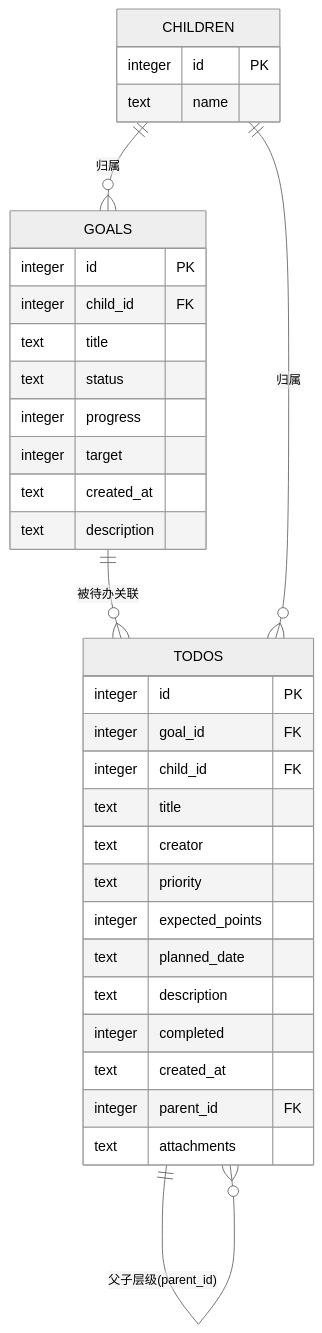
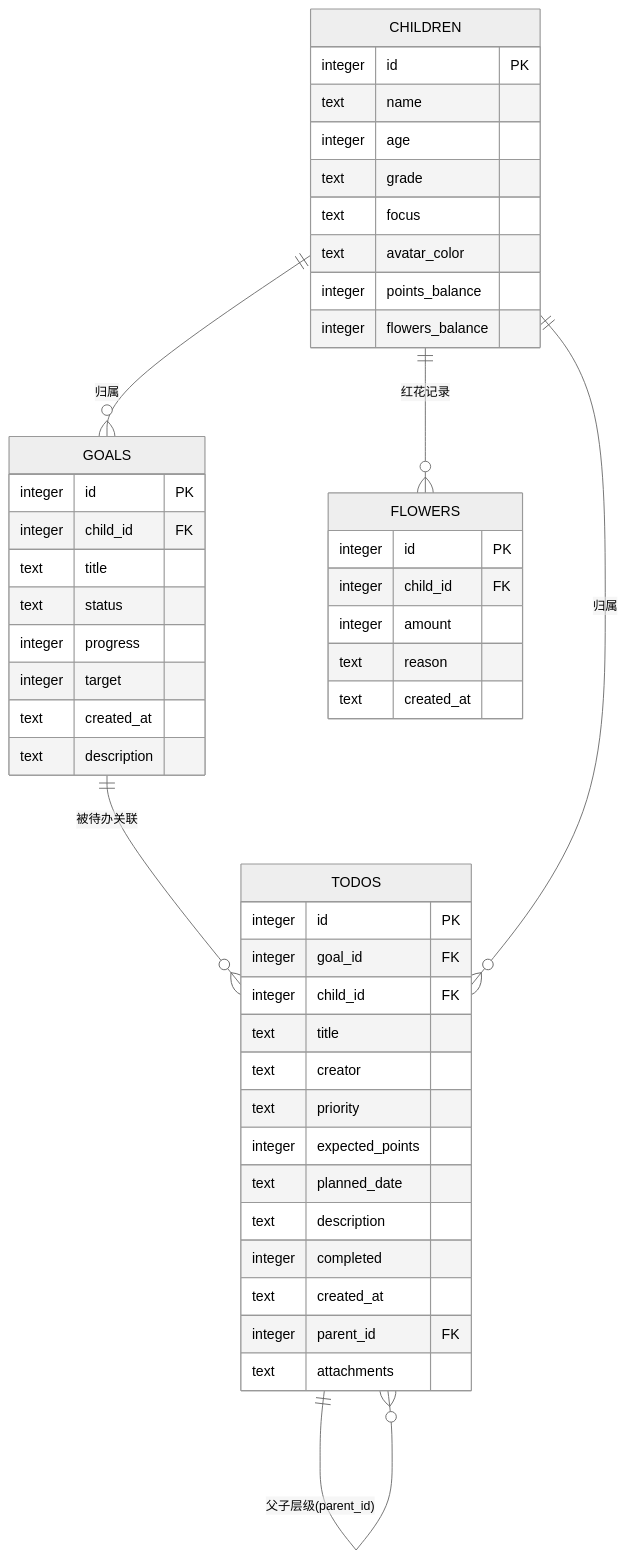
The second of 3 diagrams in .qoder/repowiki/zh/content/功能模块说明/目标管理需求实现SOP.md (dawny123123/StarParadise), drawn with Mermaid (neutral theme) before and after one commit. The commit also changed other lines of this file and 71 other files, not shown here.

````diff
--- a/.qoder/repowiki/zh/content/功能模块说明/目标管理需求实现SOP.md
+++ b/.qoder/repowiki/zh/content/功能模块说明/目标管理需求实现SOP.md
@@ -133,36 +151,50 @@
 ```mermaid
 erDiagram
 GOALS {
 integer id PK
 integer child_id FK
 text title
 text status
 integer progress
 integer target
 text created_at
 text description
 }
 TODOS {
 integer id PK
 integer goal_id FK
 integer child_id FK
 text title
 text creator
 text priority
 integer expected_points
 text planned_date
 text description
 integer completed
 text created_at
 integer parent_id FK
 text attachments
 }
+FLOWERS {
+integer id PK
+integer child_id FK
+integer amount
+text reason
+text created_at
+}
 CHILDREN {
 integer id PK
 text name
+integer age
+text grade
+text focus
+text avatar_color
+integer points_balance
+integer flowers_balance
 }
 GOALS ||--o{ TODOS : "被待办关联"
 CHILDREN ||--o{ GOALS : "归属"
 CHILDREN ||--o{ TODOS : "归属"
+CHILDREN ||--o{ FLOWERS : "红花记录"
 TODOS ||--o{ TODOS : "父子层级(parent_id)"
 ```
````
